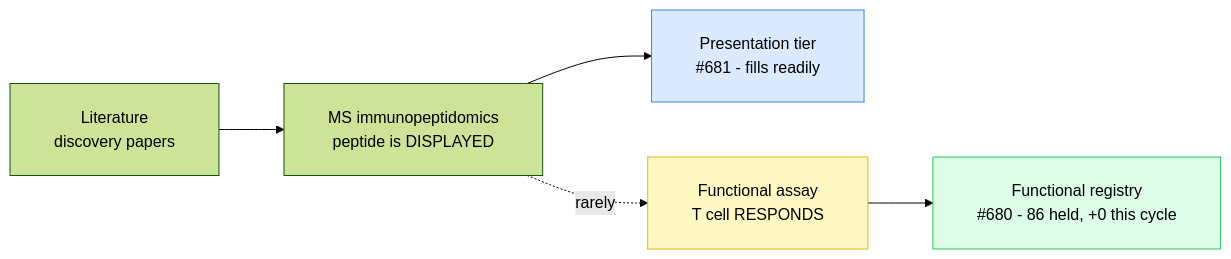
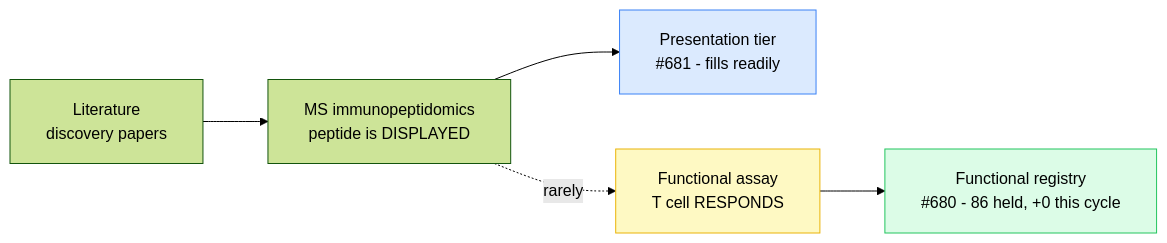
One commit to Jin-HoMLee/splice-neoepitope-pipeline changed the diagram in research/decisions/issue_1284_registry-hunt-state/slides.qmd. Above: the diagram before and after it, drawn with Mermaid (forest theme).

Commit message:
docs(research): center mermaid node labels (padding 18, no CSS) (#1284)
The padding:22 fix left labels sitting low in the taller boxes. Tuning to
padding:18 restores balanced vertical centering while still clearing the
horizontal overflow. Confirmed a CSS flex-centering attempt catastrophically
breaks mermaid's foreignObject geometry (collapses the diagram to one box) -
so the ONLY safe lever is mermaid's own init config, not CSS. Visually
re-verified slide 5: no overflow, labels centered.

````diff
--- a/research/decisions/issue_1284_registry-hunt-state/slides.qmd
+++ b/research/decisions/issue_1284_registry-hunt-state/slides.qmd
@@ -90,12 +90,12 @@
 ```{mermaid}
 %%| fig-width: 9
-%%{init: {'flowchart': {'padding': 22, 'nodeSpacing': 55, 'rankSpacing': 65}}}%%
+%%{init: {'flowchart': {'padding': 18, 'nodeSpacing': 55, 'rankSpacing': 65}}}%%
 flowchart LR
   L[Literature<br/>discovery papers] --> M[MS immunopeptidomics<br/>peptide is DISPLAYED]
   M --> P[Presentation tier<br/>#681 - fills readily]
   M -.rarely.-> F[Functional assay<br/>T cell RESPONDS]
   F --> R[Functional registry<br/>#680 - 86 held, +0 this cycle]
   style P fill:#dbeafe,stroke:#3b82f6
   style R fill:#dcfce7,stroke:#22c55e
   style F fill:#fef9c3,stroke:#eab308
 ```
````
